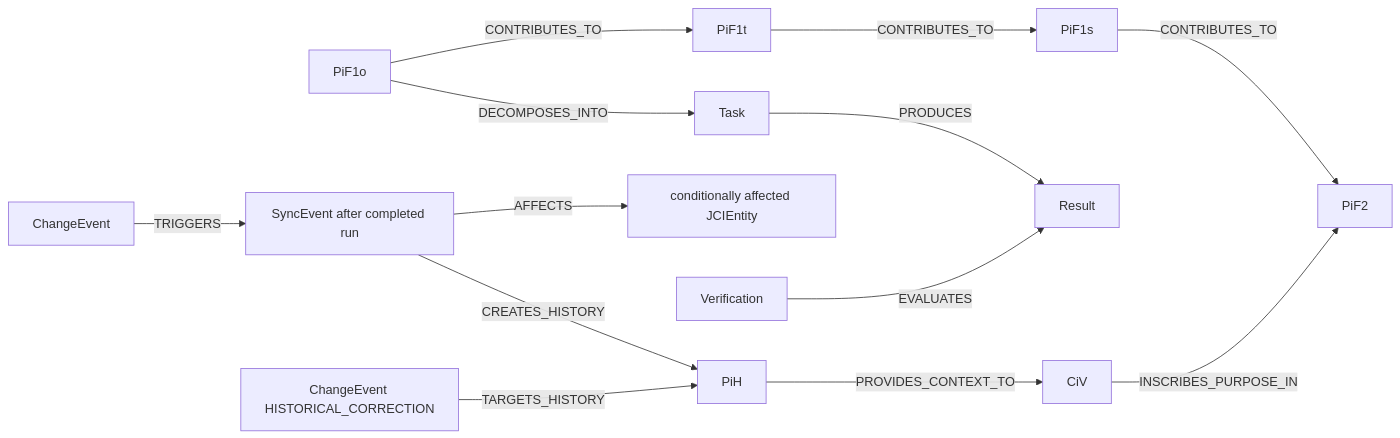
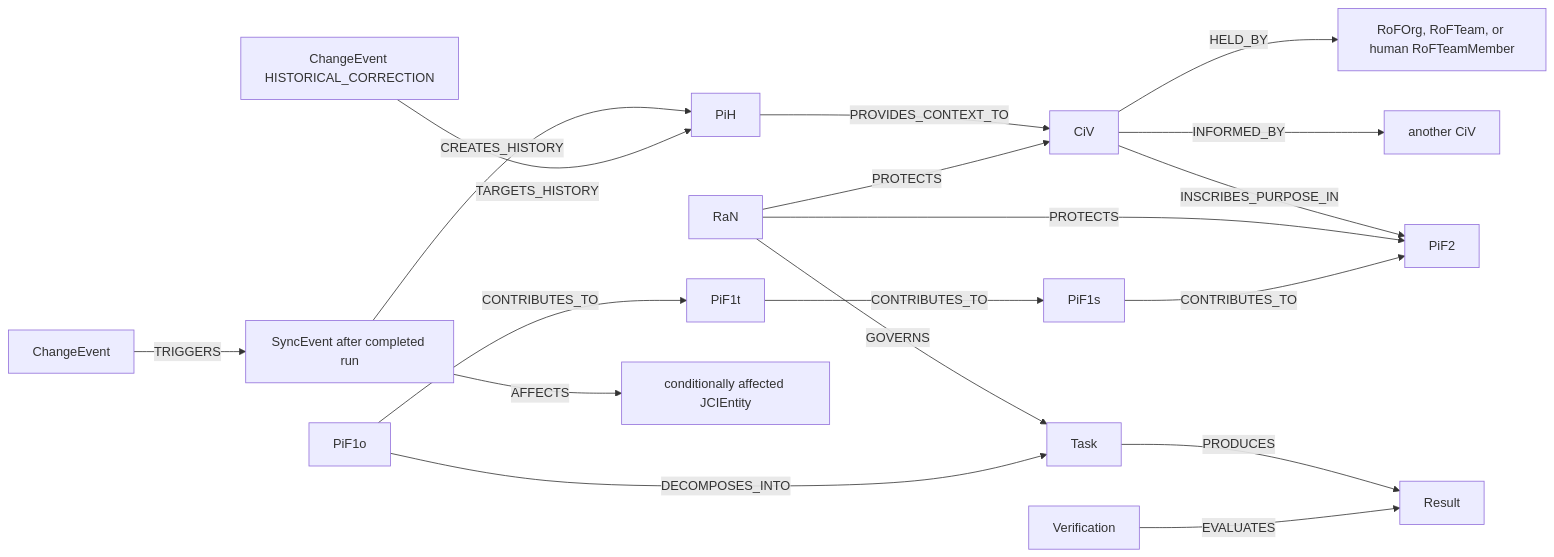
Before and after one commit to eeimicke/junaco-jci-loop: the diagram in docs/diagrams/sources/jci-loop.mmd, drawn with Mermaid. The commit also changed 43 other files, not shown here.

```diff
--- a/docs/diagrams/sources/jci-loop.mmd
+++ b/docs/diagrams/sources/jci-loop.mmd
@@ -1,13 +1,18 @@
 flowchart LR
     PiH -->|PROVIDES_CONTEXT_TO| CiV
+    CiV -->|HELD_BY| Holder[RoFOrg, RoFTeam, or human RoFTeamMember]
+    CiV -->|INFORMED_BY| SourceCiV[another CiV]
     CiV -->|INSCRIBES_PURPOSE_IN| PiF2
+    RaN -->|PROTECTS| CiV
+    RaN -->|PROTECTS| PiF2
+    RaN -->|GOVERNS| Task
     PiF1s -->|CONTRIBUTES_TO| PiF2
     PiF1t -->|CONTRIBUTES_TO| PiF1s
     PiF1o -->|CONTRIBUTES_TO| PiF1t
     PiF1o -->|DECOMPOSES_INTO| Task
     Task -->|PRODUCES| Result
     Verification -->|EVALUATES| Result
     ChangeEvent -->|TRIGGERS| SyncEvent[SyncEvent after completed run]
     SyncEvent -->|AFFECTS| JCIEntity[conditionally affected JCIEntity]
     SyncEvent -->|CREATES_HISTORY| PiH
     CorrectionEvent[ChangeEvent HISTORICAL_CORRECTION] -->|TARGETS_HISTORY| PiH
```
